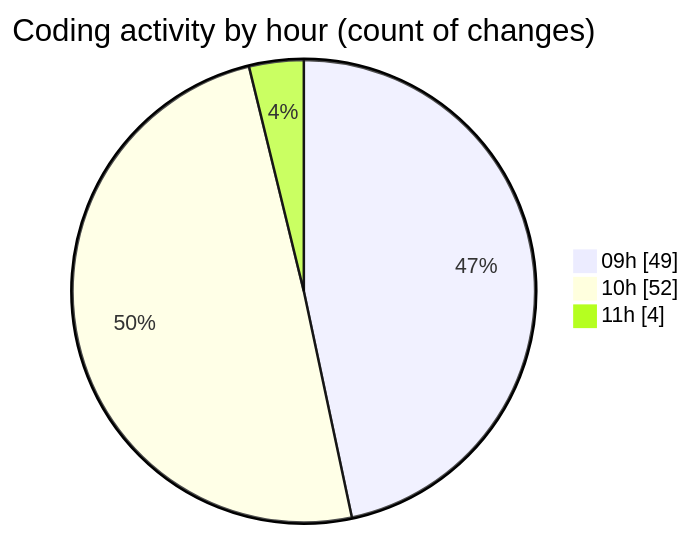
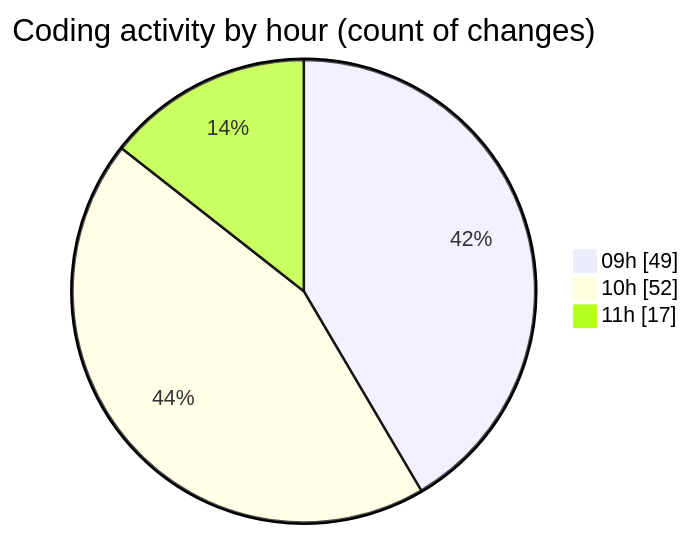
Before and after one commit to momahboobian/code-tracking: the second of 2 diagrams in 2026-08-10/cda/README.md, drawn with Mermaid. The commit also changed other lines of this file and 1 other file, not shown here.

````diff
--- a/2026-08-10/cda/README.md
+++ b/2026-08-10/cda/README.md
@@ -41,7 +44,7 @@
 ```mermaid
 pie showData
 title Coding activity by hour (count of changes)
 "09h" : 49
 "10h" : 52
-"11h" : 4
+"11h" : 17
 ```
````
